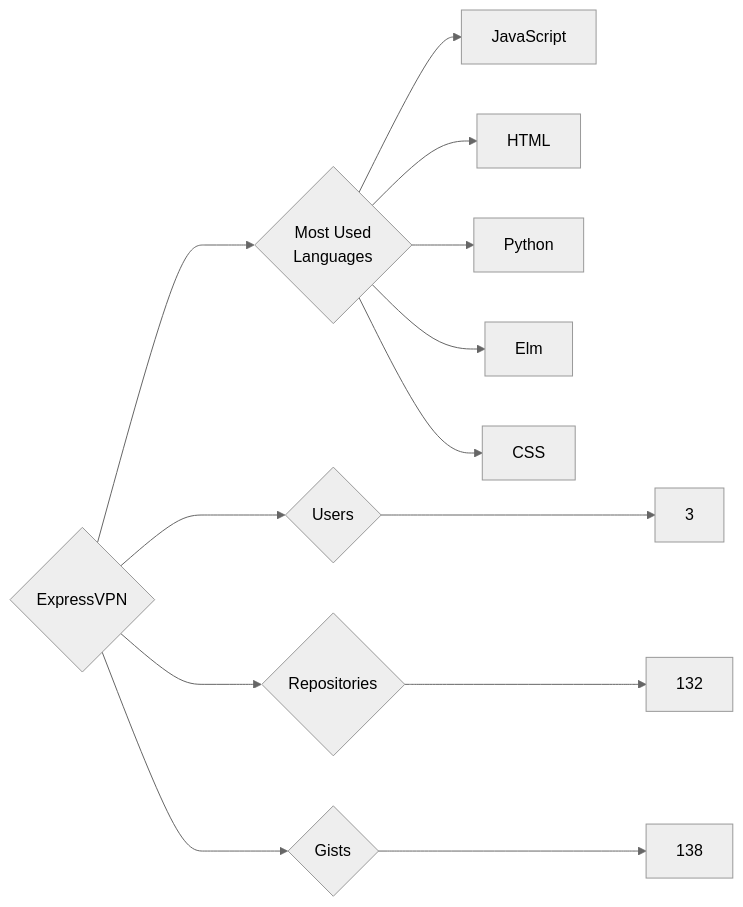
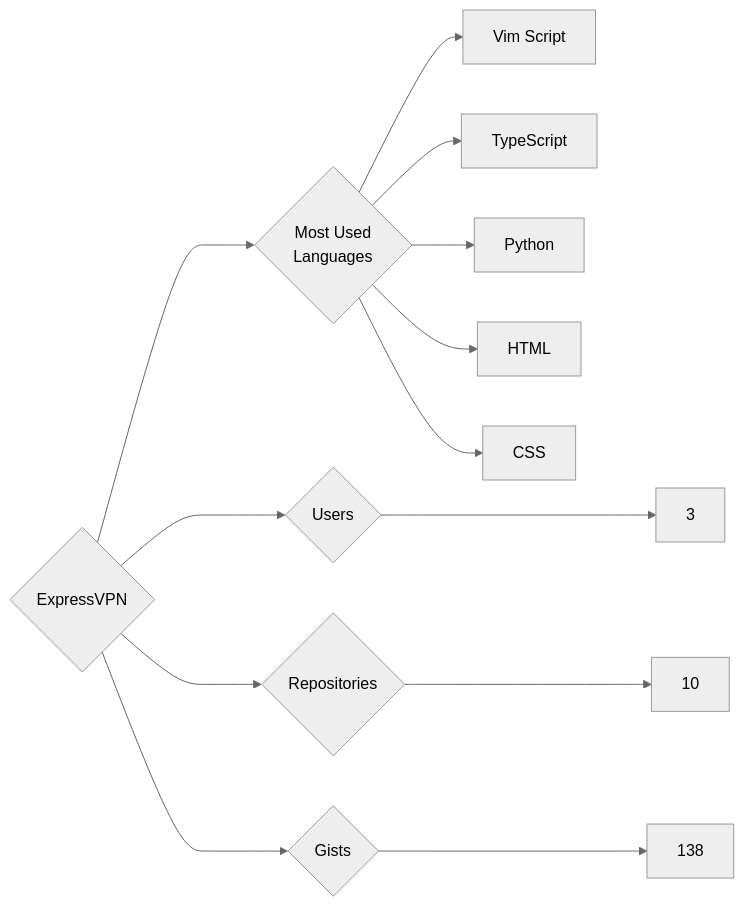
Before and after one commit to trickest/insiders: the diagram in targets/ExpressVPN/README.md, drawn with Mermaid (neutral theme). The commit also changed 1023 other files, not shown here.

````diff
--- a/targets/ExpressVPN/README.md
+++ b/targets/ExpressVPN/README.md
@@ -3,13 +3,13 @@
 ```mermaid
 graph LR
 COMPANY_NAME{ExpressVPN}
 COMPANY_NAME ---> U{Users} ---> UN[3]
-COMPANY_NAME ---> R{Repositories} ---> RN[132]
+COMPANY_NAME ---> R{Repositories} ---> RN[10]
 COMPANY_NAME ---> G{Gists} ---> GN[138]
 COMPANY_NAME ---> ML{Most Used<br>Languages}
-ML --> JavaScript[JavaScript]
+ML --> Vim_Script[Vim Script]
+ML --> TypeScript[TypeScript]
+ML --> Python[Python]
 ML --> HTML[HTML]
-ML --> Python[Python]
-ML --> Elm[Elm]
 ML --> CSS[CSS]
 ```
````
